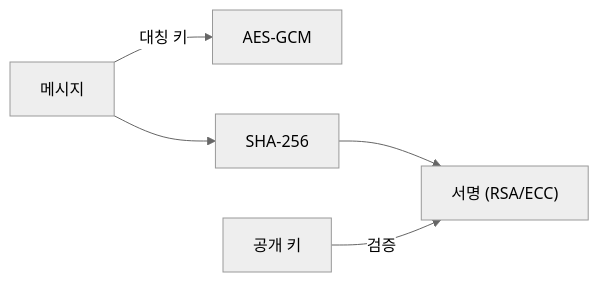
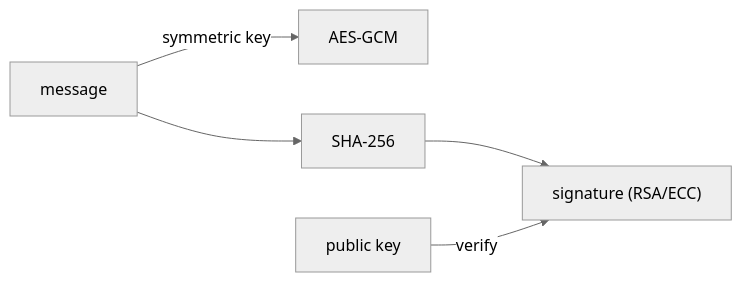
One commit to yeongseon-books/book-content changed the diagram in content/information-security-101/ko/03-cryptography-and-hash.md. Above: the diagram before and after it, drawn with Mermaid (neutral theme). The commit also changed other lines of this file and 9 other files, not shown here.

````diff
--- a/content/information-security-101/ko/03-cryptography-and-hash.md
+++ b/content/information-security-101/ko/03-cryptography-and-hash.md
@@ -36,7 +50,7 @@
 ```mermaid
 flowchart LR
-    M["메시지"] -->|대칭 키| C["AES-GCM"]
+    M["message"] -->|symmetric key| C["AES-GCM"]
     M --> H["SHA-256"]
-    H --> S["서명 (RSA/ECC)"]
-    P["공개 키"] -->|검증| S
+    H --> S["signature (RSA/ECC)"]
+    P["public key"] -->|verify| S
 ```
````
